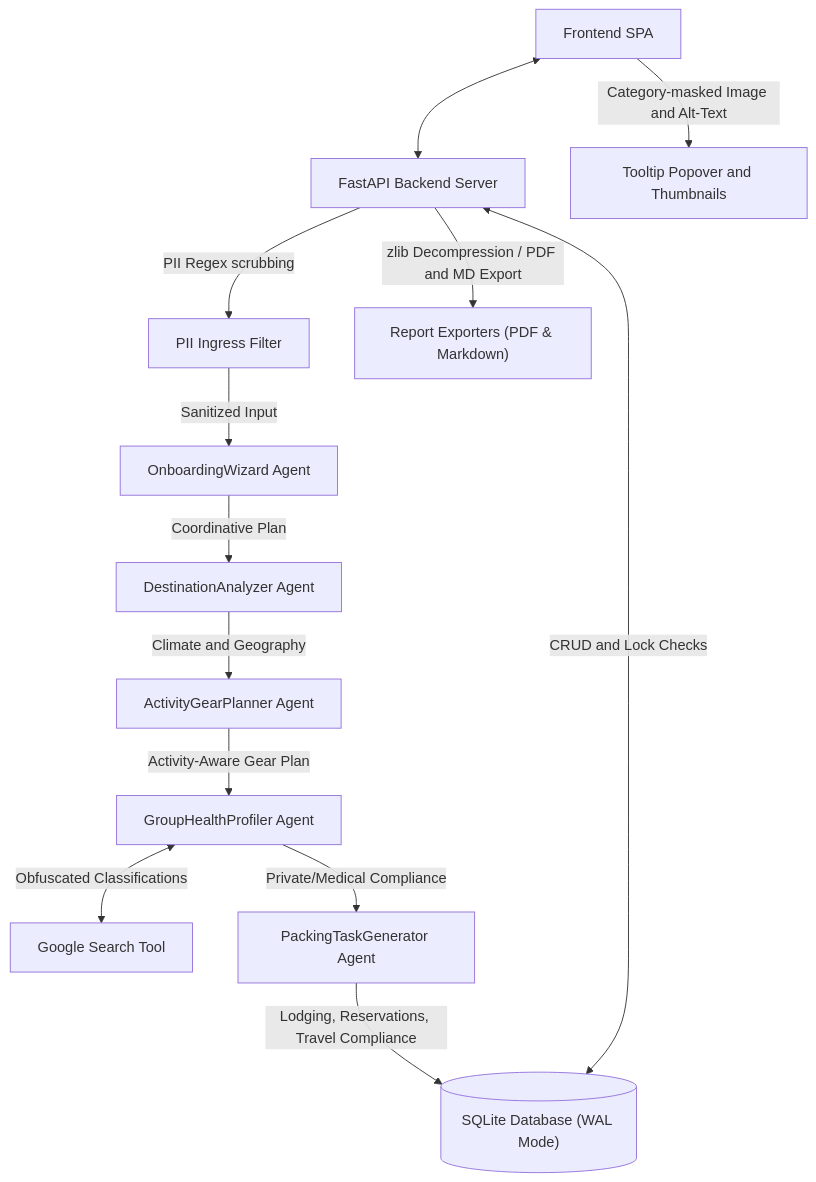
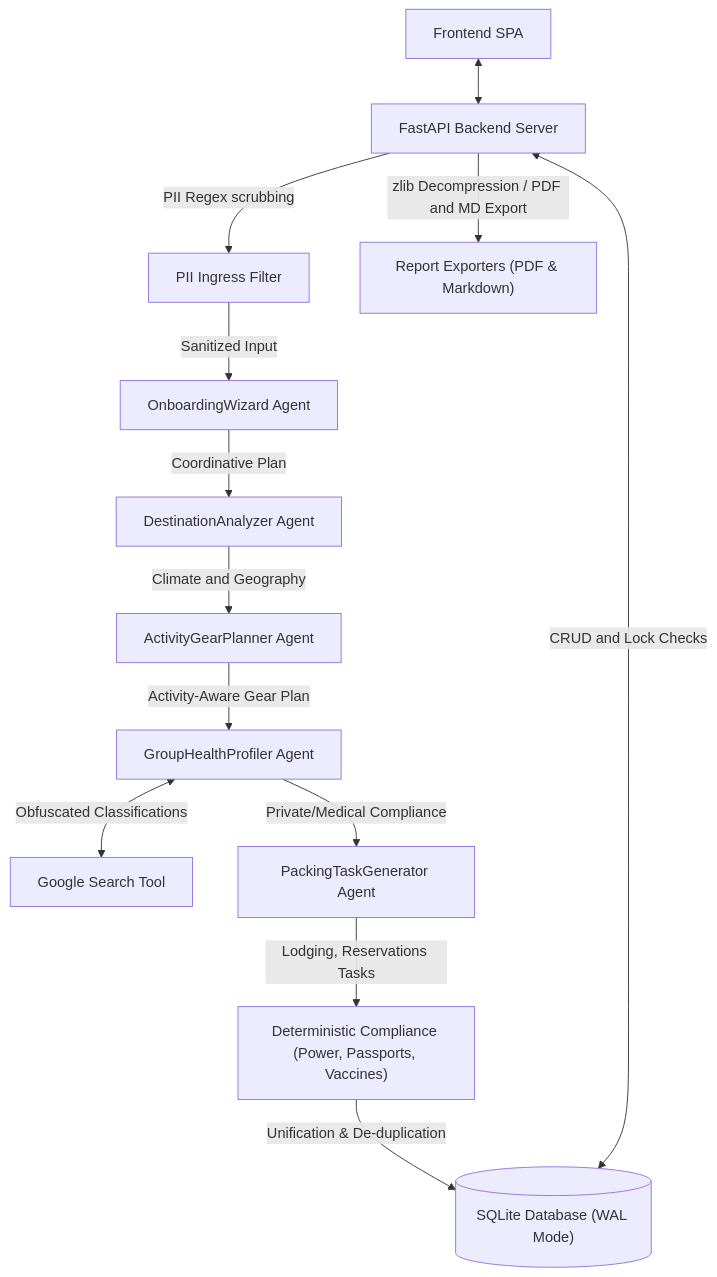
The first of 4 diagrams in README.md (jskesner/tola-app), drawn with Mermaid before and after one commit. The commit also changed other lines of this file and 9 other files, not shown here.

````diff
--- a/README.md
+++ b/README.md
@@ -9,15 +9,15 @@
 ```mermaid
 flowchart TD
     Frontend["Frontend SPA"] <--> Backend["FastAPI Backend Server"]
-    Frontend -->|"Category-masked Image and Alt-Text"| Tooltip["Tooltip Popover and Thumbnails"]
     Backend -->|"PII Regex scrubbing"| PIIFilter["PII Ingress Filter"]
     PIIFilter -->|"Sanitized Input"| OnboardingWizard["OnboardingWizard Agent"]
     OnboardingWizard -->|"Coordinative Plan"| DestinationAnalyzer["DestinationAnalyzer Agent"]
     DestinationAnalyzer -->|"Climate and Geography"| ActivityGearPlanner["ActivityGearPlanner Agent"]
     ActivityGearPlanner -->|"Activity-Aware Gear Plan"| GroupHealthProfiler["GroupHealthProfiler Agent"]
     GroupHealthProfiler <-->|"Obfuscated Classifications"| GoogleSearch["Google Search Tool"]
     GroupHealthProfiler -->|"Private/Medical Compliance"| PackingTaskGenerator["PackingTaskGenerator Agent"]
-    PackingTaskGenerator -->|"Lodging, Reservations, Travel Compliance"| Database[("SQLite Database (WAL Mode)")]
+    PackingTaskGenerator -->|"Lodging, Reservations Tasks"| ComplianceEngine["Deterministic Compliance (Power, Passports, Vaccines)"]
+    ComplianceEngine -->|"Unification & De-duplication"| Database[("SQLite Database (WAL Mode)")]
     Backend <-->|"CRUD and Lock Checks"| Database
     Backend -->|"zlib Decompression / PDF and MD Export"| ReportExporters["Report Exporters (PDF & Markdown)"]
 ```
````
